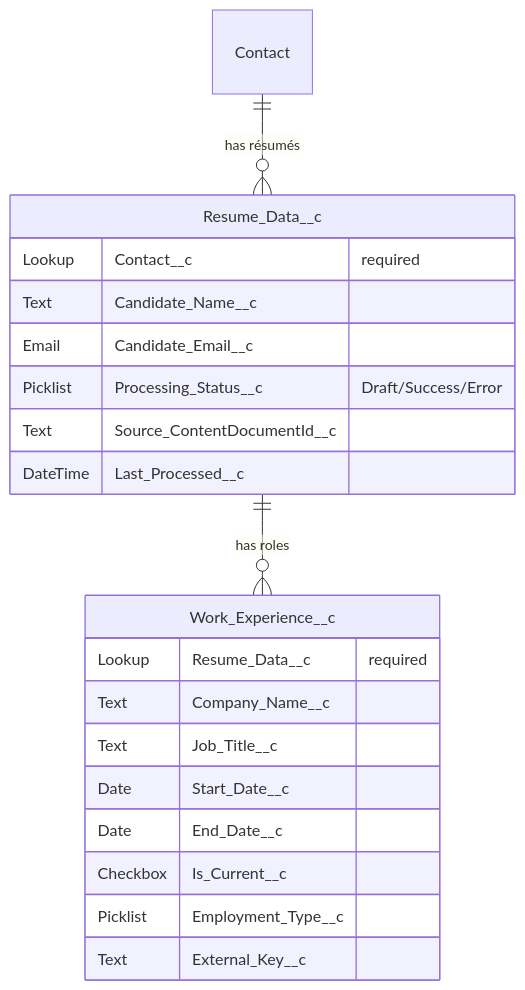
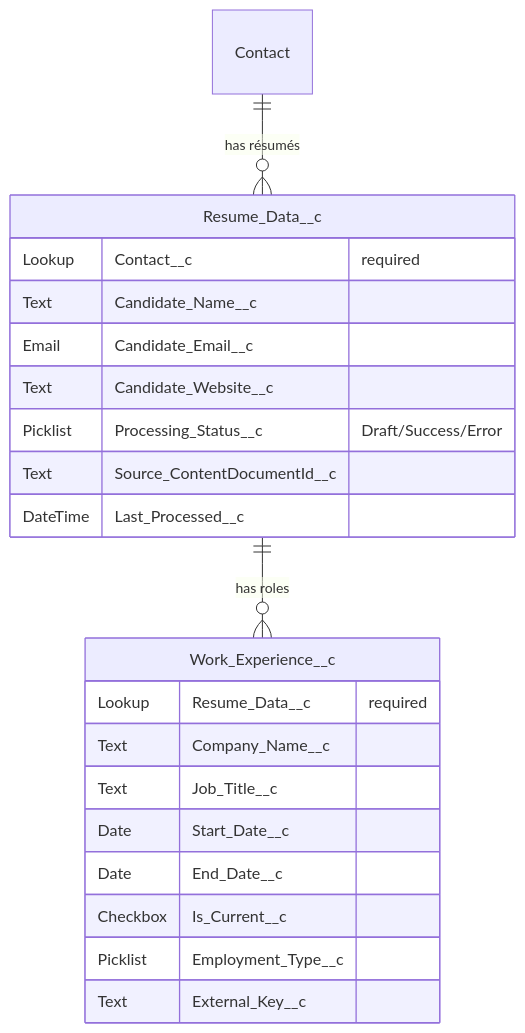
One commit to salesforce/Resume_Parser changed the fourth of 6 diagrams in RESUME_PARSER_ARCHITECTURE.md. Above: the diagram before and after it, drawn with Mermaid. The commit also changed other lines of this file and 22 other files, not shown here.

````diff
--- a/RESUME_PARSER_ARCHITECTURE.md
+++ b/RESUME_PARSER_ARCHITECTURE.md
@@ -118,24 +118,25 @@
 ```mermaid
 erDiagram
     Contact ||--o{ Resume_Data__c : "has résumés"
     Resume_Data__c ||--o{ Work_Experience__c : "has roles"
 
     Resume_Data__c {
         Lookup Contact__c "required"
         Text Candidate_Name__c
         Email Candidate_Email__c
+        Text Candidate_Website__c
         Picklist Processing_Status__c "Draft/Success/Error"
         Text Source_ContentDocumentId__c
         DateTime Last_Processed__c
     }
     Work_Experience__c {
         Lookup Resume_Data__c "required"
         Text Company_Name__c
         Text Job_Title__c
         Date Start_Date__c
         Date End_Date__c
         Checkbox Is_Current__c
         Picklist Employment_Type__c
         Text External_Key__c
     }
 ```
````
